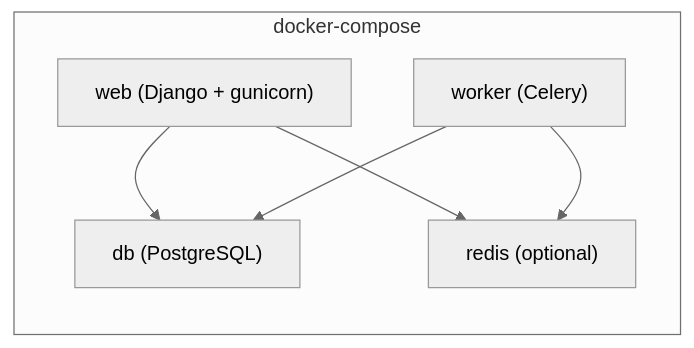
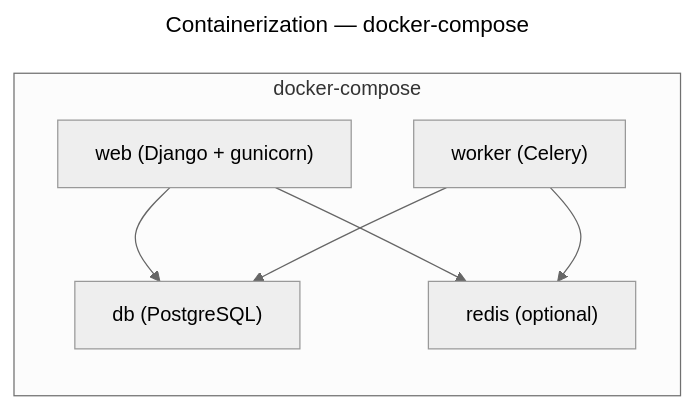
One commit to RebelliousSmile/suddenly changed the diagram in aidd_docs/memory/DEPLOYMENT.md. Above: the diagram before and after it, drawn with Mermaid (neutral theme). The commit also changed other lines of this file and 15 other files, not shown here.

First line of the commit message:
docs(memory): update memory bank with federation flows

````diff
--- a/aidd_docs/memory/DEPLOYMENT.md
+++ b/aidd_docs/memory/DEPLOYMENT.md
@@ -111,13 +108,16 @@
 ```mermaid
+---
+title: Containerization — docker-compose
+---
 flowchart LR
     subgraph "docker-compose"
         Web["web (Django + gunicorn)"]
         DB["db (PostgreSQL)"]
         Worker["worker (Celery)"]
         Cache["redis (optional)"]
     end
     Web --> DB
     Web --> Cache
     Worker --> DB
     Worker --> Cache
 ```
````
